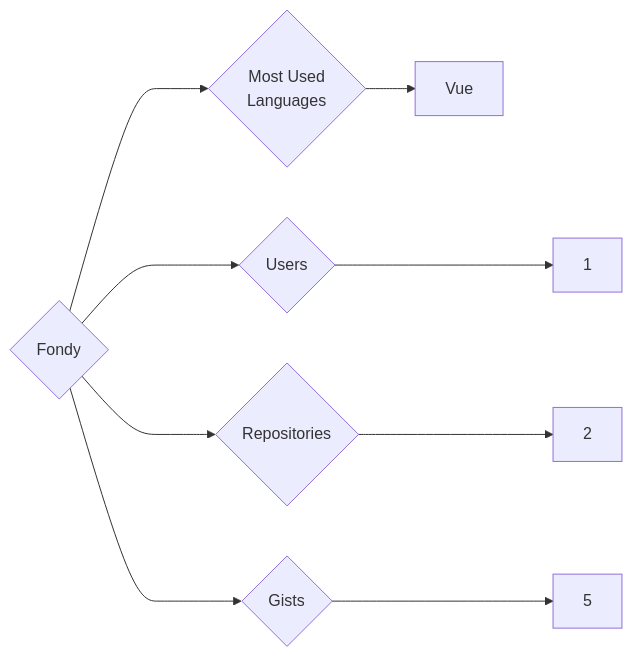
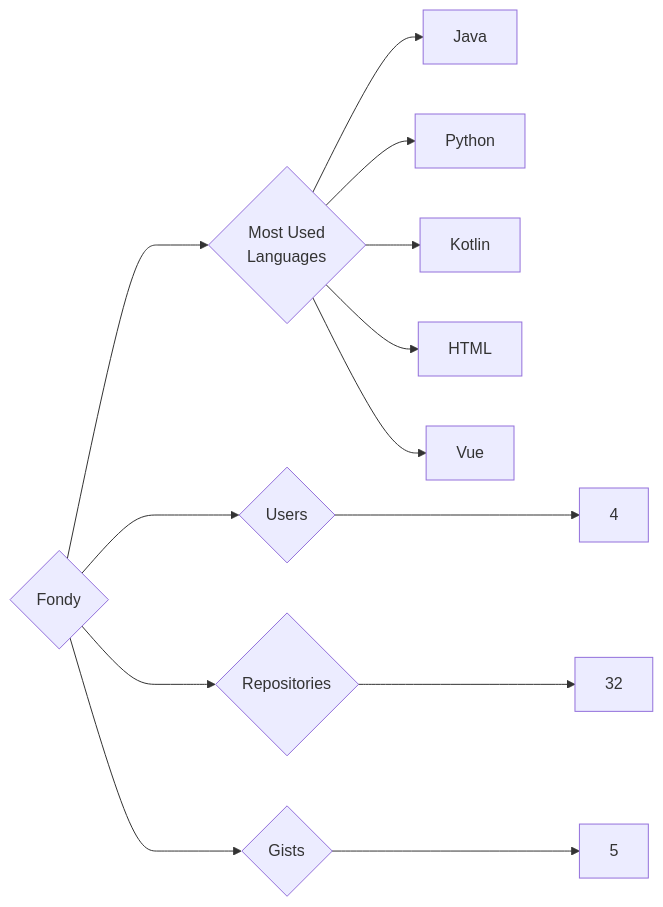
The diagram in targets/Fondy/README.md (trickest/insiders), drawn with Mermaid before and after one commit. The commit also changed 899 other files, not shown here.

````diff
--- a/targets/Fondy/README.md
+++ b/targets/Fondy/README.md
@@ -3,9 +3,13 @@
 ```mermaid
 graph LR
 COMPANY_NAME{Fondy}
-COMPANY_NAME ---> U{Users} ---> UN[1]
-COMPANY_NAME ---> R{Repositories} ---> RN[2]
+COMPANY_NAME ---> U{Users} ---> UN[4]
+COMPANY_NAME ---> R{Repositories} ---> RN[32]
 COMPANY_NAME ---> G{Gists} ---> GN[5]
 COMPANY_NAME ---> ML{Most Used<br>Languages}
+ML --> Java[Java]
+ML --> Python[Python]
+ML --> Kotlin[Kotlin]
+ML --> HTML[HTML]
 ML --> Vue[Vue]
 ```
````
